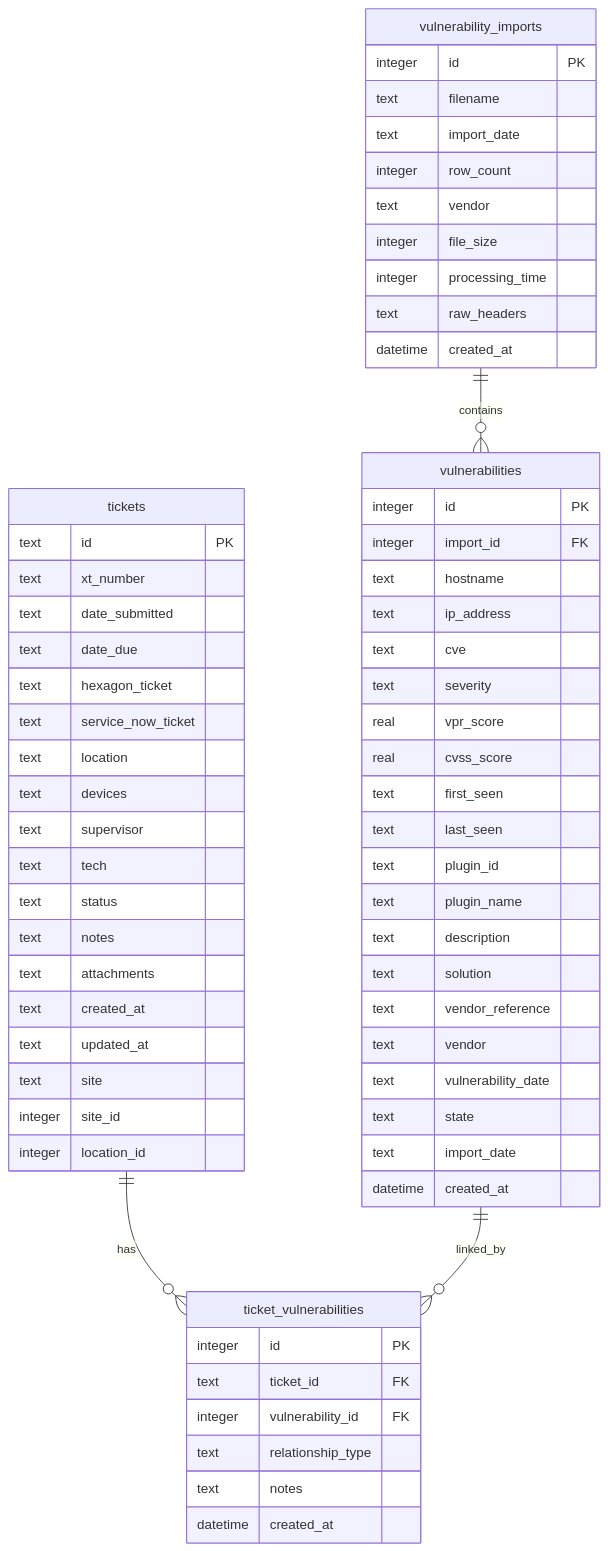
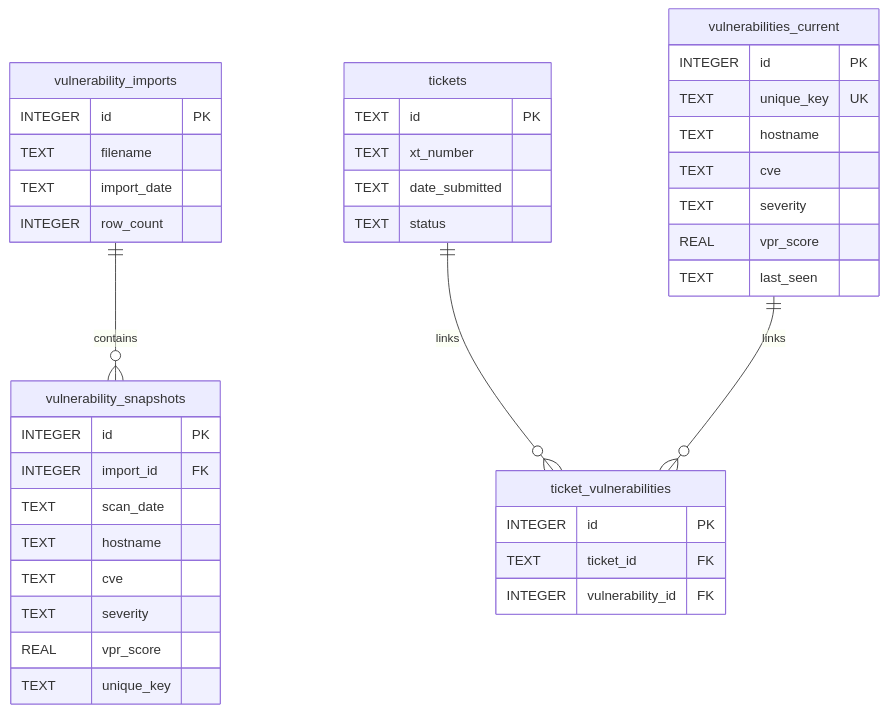
The first of 3 diagrams in docs-source/architecture/database.md (Lonnie-Bruton/HexTrackr), drawn with Mermaid before and after one commit. The commit also changed other lines of this file and 62 other files, not shown here.

````diff
--- a/docs-source/architecture/database.md
+++ b/docs-source/architecture/database.md
@@ -110,68 +19,47 @@
 ```mermaid
 erDiagram
-	vulnerability_imports ||--o{ vulnerabilities : contains
-	tickets ||--o{ ticket_vulnerabilities : has
-	vulnerabilities ||--o{ ticket_vulnerabilities : linked_by
+    vulnerability_imports ||--o{ vulnerability_snapshots : contains
+    tickets ||--o{ ticket_vulnerabilities : links
+    vulnerabilities_current ||--o{ ticket_vulnerabilities : links
 
-	vulnerability_imports {
-		integer id PK
-		text filename
-		text import_date
-		integer row_count
-		text vendor
-		integer file_size
-		integer processing_time
-		text raw_headers
-		datetime created_at
-	}
-	vulnerabilities {
-		integer id PK
-		integer import_id FK
-		text hostname
-		text ip_address
-		text cve
-		text severity
-		real vpr_score
-		real cvss_score
-		text first_seen
-		text last_seen
-		text plugin_id
-		text plugin_name
-		text description
-		text solution
-		text vendor_reference
-		text vendor
-		text vulnerability_date
-		text state
-		text import_date
-		datetime created_at
-	}
-	tickets {
-		text id PK
-		text xt_number
-		text date_submitted
-		text date_due
-		text hexagon_ticket
-		text service_now_ticket
-		text location
-		text devices
-		text supervisor
-		text tech
-		text status
-		text notes
-		text attachments
-		text created_at
-		text updated_at
-		text site
-		integer site_id
-		integer location_id
-	}
-	ticket_vulnerabilities {
-		integer id PK
-		text ticket_id FK
-		integer vulnerability_id FK
-		text relationship_type
-		text notes
-		datetime created_at
-	}
+    vulnerability_imports {
+        INTEGER id PK
+        TEXT filename
+        TEXT import_date
+        INTEGER row_count
+    }
+
+    vulnerability_snapshots {
+        INTEGER id PK
+        INTEGER import_id FK
+        TEXT scan_date
+        TEXT hostname
+        TEXT cve
+        TEXT severity
+        REAL vpr_score
+        TEXT unique_key
+    }
+
+    vulnerabilities_current {
+        INTEGER id PK
+        TEXT unique_key UK
+        TEXT hostname
+        TEXT cve
+        TEXT severity
+        REAL vpr_score
+        TEXT last_seen
+    }
+
+    tickets {
+        TEXT id PK
+        TEXT xt_number
+        TEXT date_submitted
+        TEXT status
+    }
+
+    ticket_vulnerabilities {
+        INTEGER id PK
+        TEXT ticket_id FK
+        INTEGER vulnerability_id FK
+    }
 ```
````
